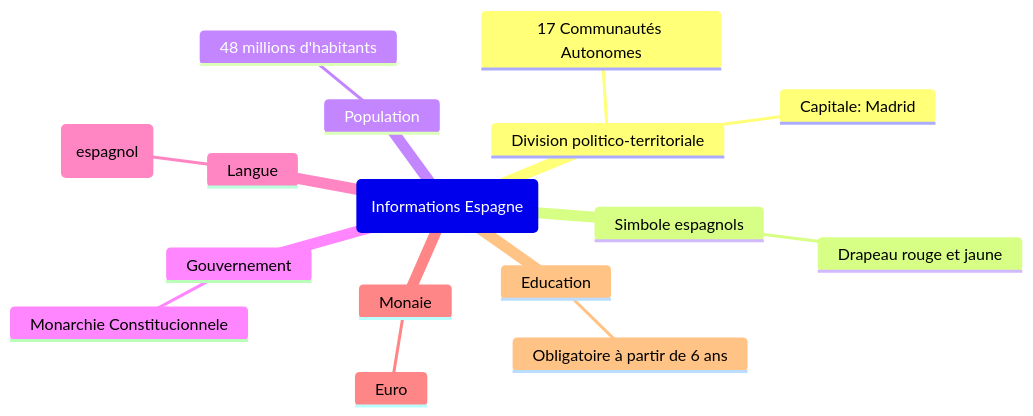
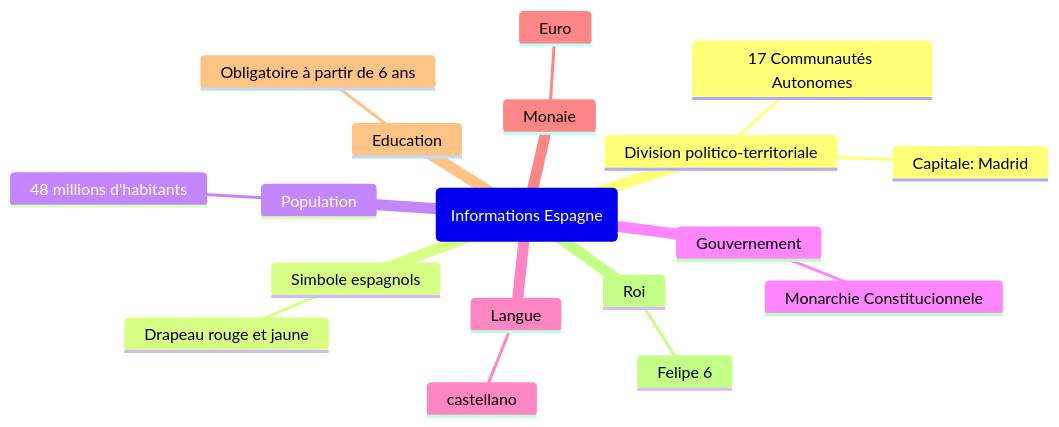
One commit to Labfox/Cours changed the first of 2 diagrams in docs/spanish/sequency2.md. Above: the diagram before and after it, drawn with Mermaid. The commit also changed other lines of this file and 1 other file, not shown here.

````diff
--- a/docs/spanish/sequency2.md
+++ b/docs/spanish/sequency2.md
@@ -5,20 +5,21 @@
 ```mermaid
 mindmap
     root (Informations Espagne)
         Division politico-territoriale
             17 Communautés Autonomes
             Capitale: Madrid
         Simbole espagnols
             Drapeau rouge et jaune
         Population
-            48 millions d'habitants
+            48 millions d#39;habitants
         Gouvernement
             Monarchie Constitucionnele
         Langue
-            castellano (espagnol)
+            castellano
         Monaie
             Euro
         Education
             Obligatoire à partir de 6 ans
-        
+        Roi
+            Felipe 6
 ```
````
